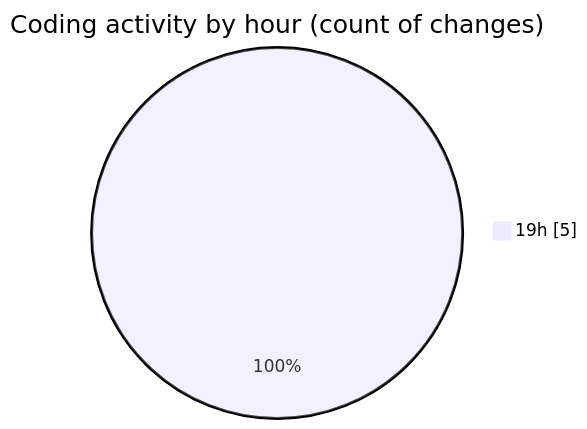
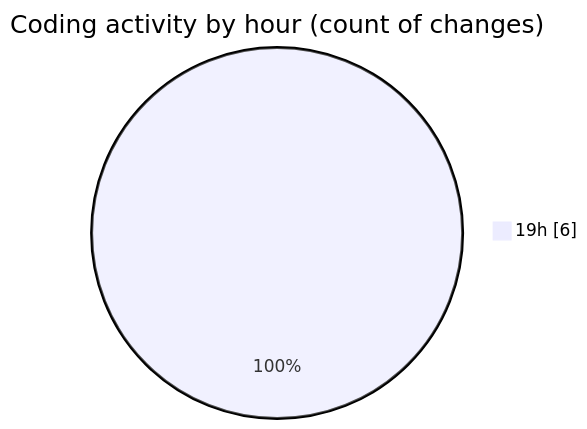
Before and after one commit to Netris89/code-tracking: the second of 2 diagrams in 2025-04-03/back-end/README.md, drawn with Mermaid. The commit also changed other lines of this file and 1 other file, not shown here.

````diff
--- a/2025-04-03/back-end/README.md
+++ b/2025-04-03/back-end/README.md
@@ -28,5 +28,5 @@
 ```mermaid
 pie showData
 title Coding activity by hour (count of changes)
-"19h" : 5
+"19h" : 6
 ```
````
